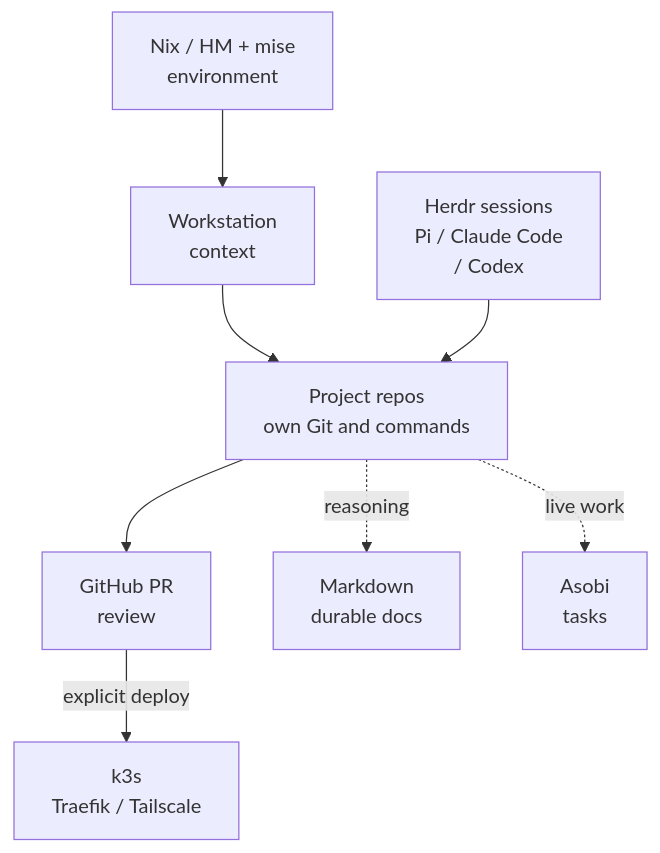
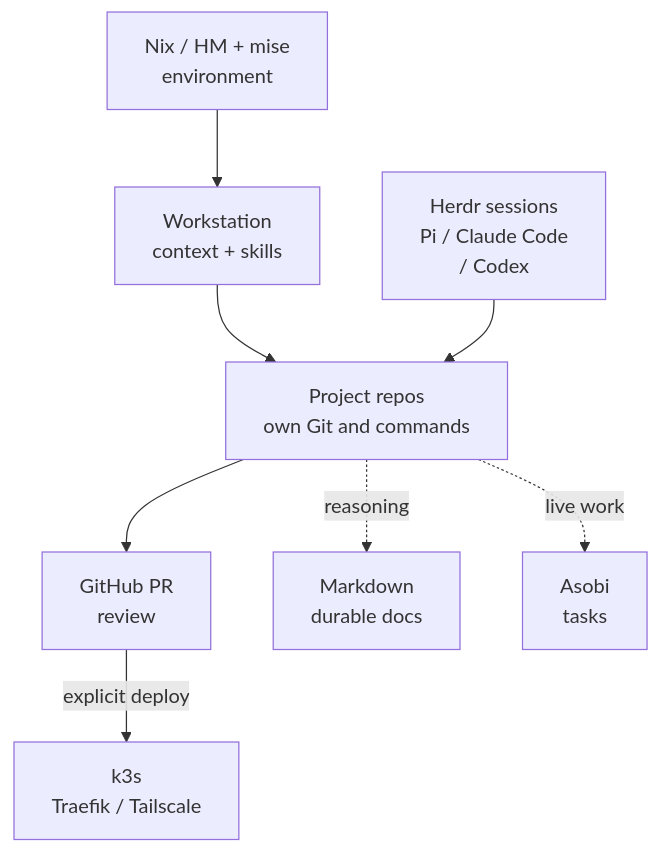
One commit to azusachino/harus-blog changed the first of 2 diagrams in docs/tech/posts/my-workstation-workflow-and-stack.md. Above: the diagram before and after it, drawn with Mermaid. The commit also changed other lines of this file, not shown here.

Commit message:
docs: explain context and selective skill adoption

````diff
--- a/docs/tech/posts/my-workstation-workflow-and-stack.md
+++ b/docs/tech/posts/my-workstation-workflow-and-stack.md
@@ -81,12 +121,12 @@
 ```mermaid
 flowchart TD
   accTitle: Workstation stack and ownership
   accDescr: Machine tools and coding sessions support independent repositories. Tasks live in Asobi, reasoning in Markdown, and reviewed changes in GitHub. Deployment is a separate explicit action.
-  N["Nix / HM + mise<br/>environment"] --> W["Workstation<br/>context"]
+  N["Nix / HM + mise<br/>environment"] --> W["Workstation<br/>context + skills"]
   W --> P["Project repos<br/>own Git and commands"]
   H["Herdr sessions<br/>Pi / Claude Code<br/>/ Codex"] --> P
   P --> R["GitHub PR<br/>review"]
   P -. "reasoning" .-> K["Markdown<br/>durable docs"]
   P -. "live work" .-> A["Asobi<br/>tasks"]
   R -->|"explicit deploy"| D["k3s<br/>Traefik / Tailscale"]
 ```
````
